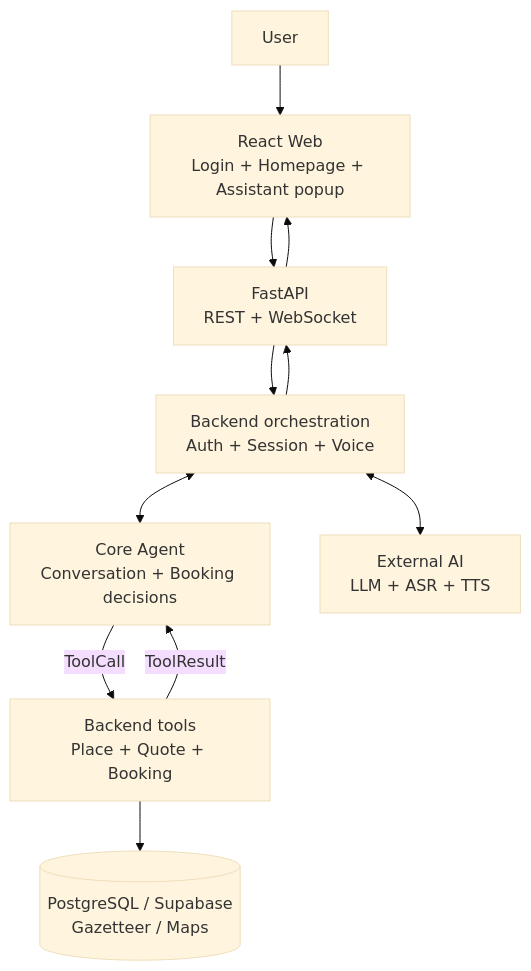
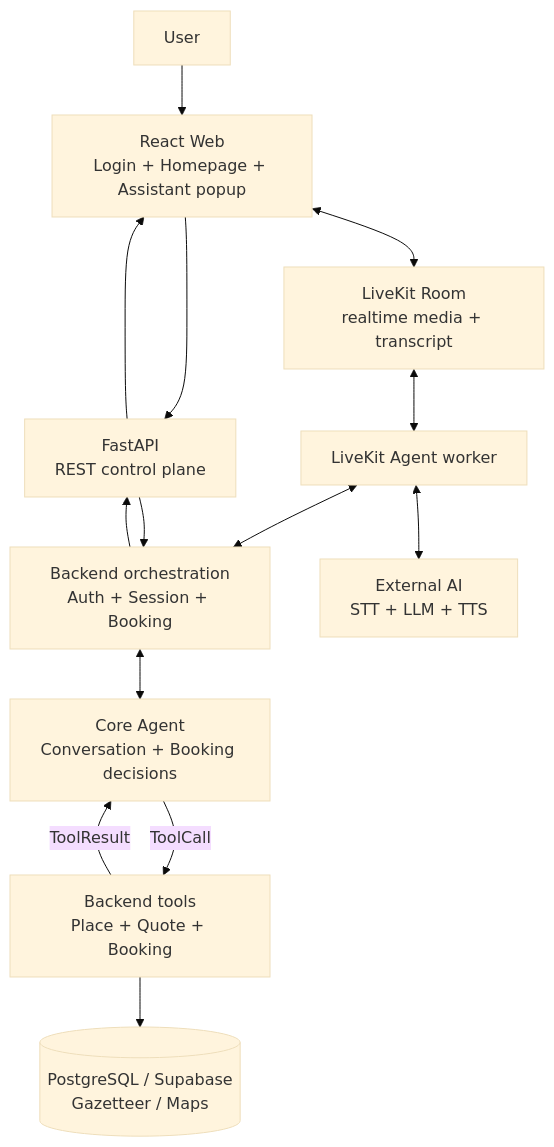
One commit to NamKhanh2128/OlaSM changed the first of 4 diagrams in docs/MVP_ARCHITECTURE.md. Above: the diagram before and after it, drawn with Mermaid (base theme). The commit also changed other lines of this file and 369 other files, not shown here.

````diff
--- a/docs/MVP_ARCHITECTURE.md
+++ b/docs/MVP_ARCHITECTURE.md
@@ -21,22 +20,27 @@
 ```mermaid
 flowchart TB
     U[User]
     FE[React Web<br/>Login + Homepage + Assistant popup]
-    API[FastAPI<br/>REST + WebSocket]
-    CORE[Backend orchestration<br/>Auth + Session + Voice]
+    API[FastAPI<br/>REST control plane]
+    LK[LiveKit Room<br/>realtime media + transcript]
+    WORKER[LiveKit Agent worker]
+    CORE[Backend orchestration<br/>Auth + Session + Booking]
     AGENT[Core Agent<br/>Conversation + Booking decisions]
     TOOLS[Backend tools<br/>Place + Quote + Booking]
     DATA[(PostgreSQL / Supabase<br/>Gazetteer / Maps)]
-    AI[External AI<br/>LLM + ASR + TTS]
+    AI[External AI<br/>STT + LLM + TTS]
 
     U --> FE
     FE --> API
+    FE <--> LK
+    LK <--> WORKER
+    WORKER <--> CORE
+    WORKER <--> AI
     API --> CORE
     CORE <--> AGENT
     AGENT -->|ToolCall| TOOLS
     TOOLS --> DATA
     TOOLS -->|ToolResult| AGENT
-    CORE <--> AI
     CORE --> API
     API --> FE
 ```
````
